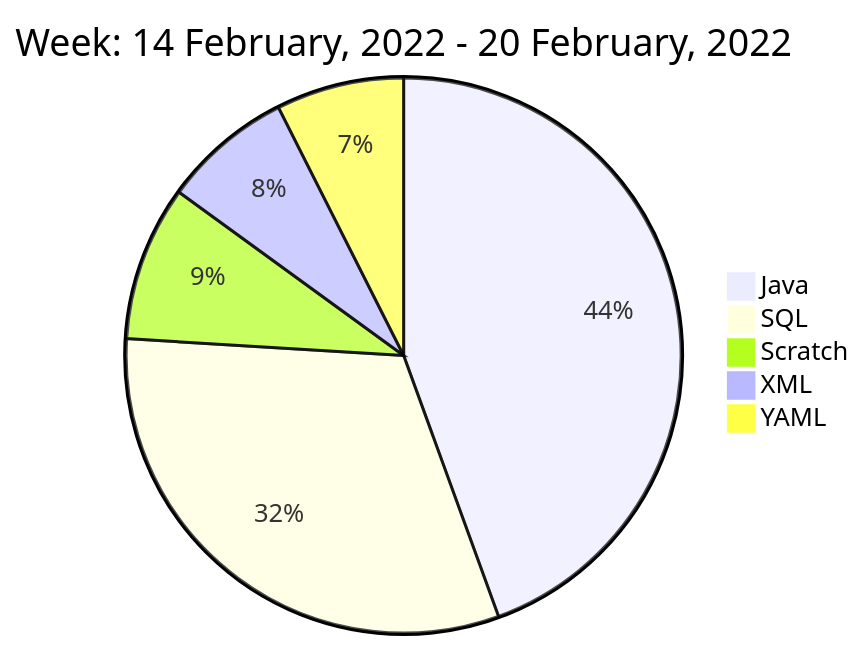
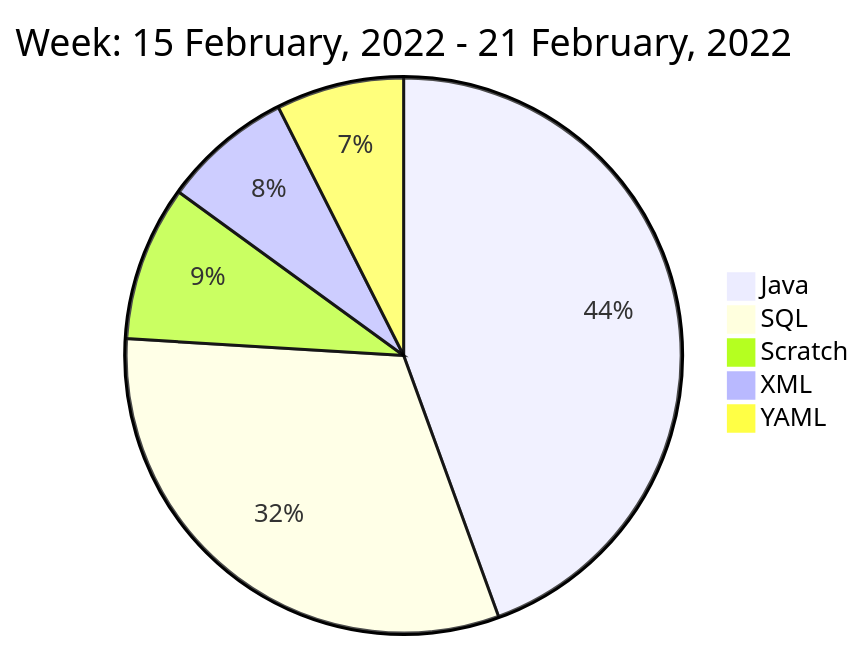
The diagram in README.md (liubin95/liubin95), drawn with Mermaid before and after one commit.

Commit message:
Updated the Graph with new Metrics

````diff
--- a/README.md
+++ b/README.md
@@ -42,9 +42,9 @@
 ```mermaid
  pie
-title Week: 14 February, 2022 - 20 February, 2022
+title Week: 15 February, 2022 - 21 February, 2022
  "Java" : 13733.025
  "SQL" : 9739.225
  "Scratch" : 2791.7
  "XML" : 2333.897
  "YAML" : 2298.638
 ```
````
